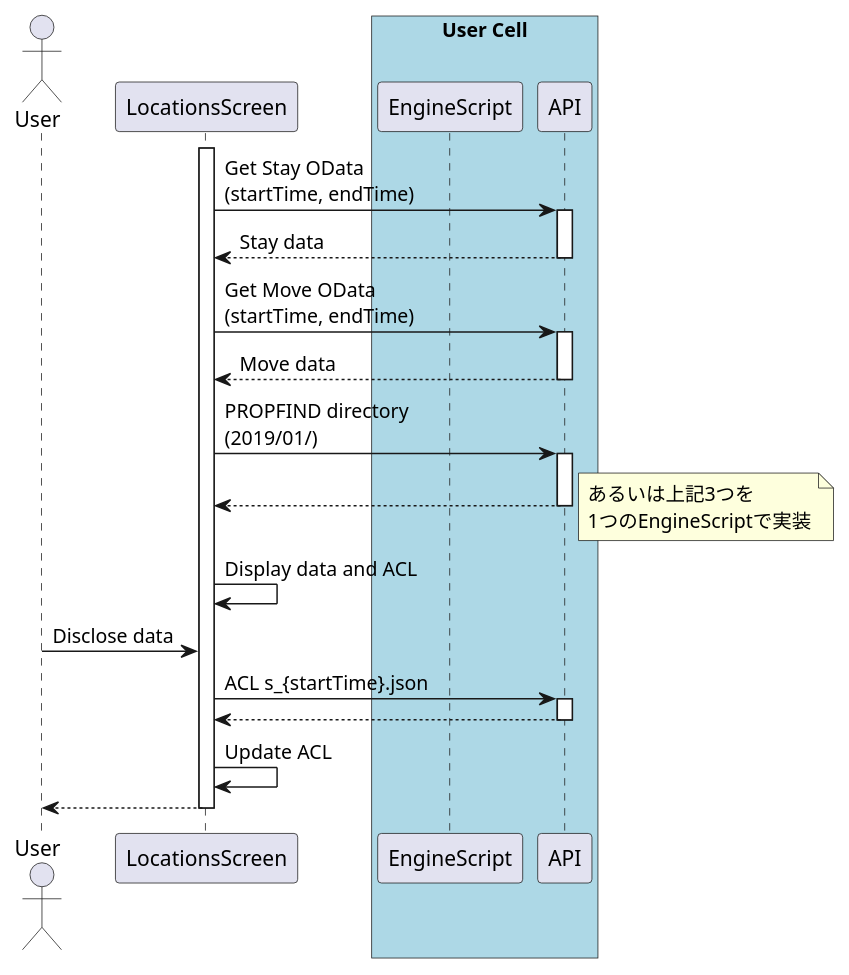
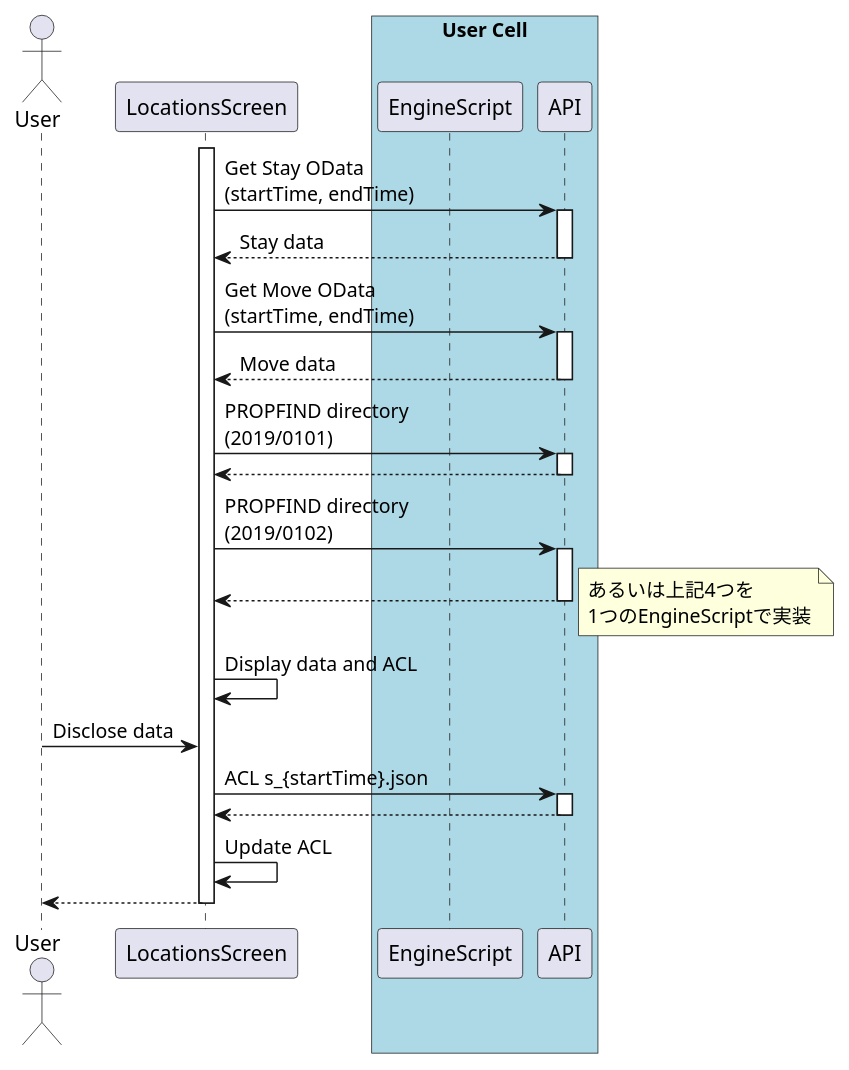
Before and after one commit to personium/app-personium-trails: the diagram in docs/design/locations.pu, drawn with PlantUML. The commit also changed 6 other files, not shown here.

```diff
--- a/docs/design/locations.pu
+++ b/docs/design/locations.pu
@@ -1,36 +1,40 @@
 @startuml LocationsScreen
 
 actor User
 participant LocationsScreen
 
 box "User Cell" #LightBlue
   participant EngineScript
   participant API
 end box
 
 activate LocationsScreen
   LocationsScreen -> API : Get Stay OData\n(startTime, endTime)
   activate API
   LocationsScreen <-- API : Stay data
   deactivate API
   LocationsScreen -> API : Get Move OData\n(startTime, endTime)
   activate API
   LocationsScreen <-- API : Move data
   deactivate API
-  LocationsScreen -> API : PROPFIND directory\n(2019/01/)
+  LocationsScreen -> API : PROPFIND directory\n(2019/0101)
   activate API
   LocationsScreen <-- API
   deactivate API
-  note right: あるいは上記3つを\n1つのEngineScriptで実装
+  LocationsScreen -> API : PROPFIND directory\n(2019/0102)
+  activate API
+  LocationsScreen <-- API
+  deactivate API
+  note right: あるいは上記4つを\n1つのEngineScriptで実装
   LocationsScreen -> LocationsScreen : Display data and ACL
 
 User -> LocationsScreen : Disclose data
   LocationsScreen -> API : ACL s_{startTime}.json
   activate API
   LocationsScreen <-- API
   deactivate API
   LocationsScreen -> LocationsScreen : Update ACL
 User <-- LocationsScreen
 deactivate LocationsScreen
 
 @enduml
```
